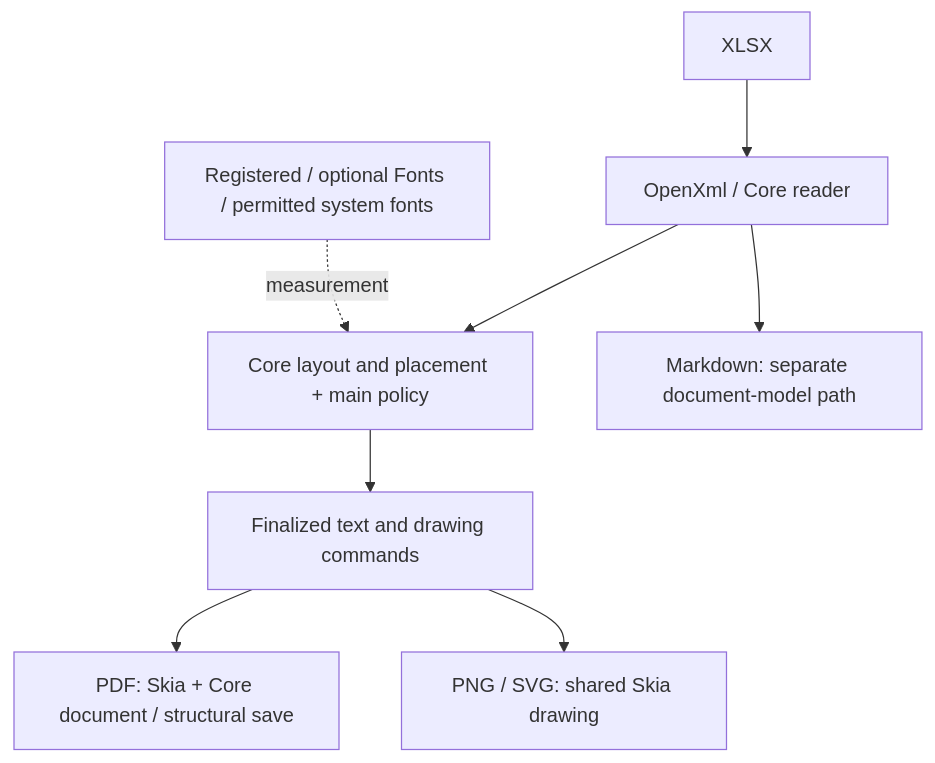
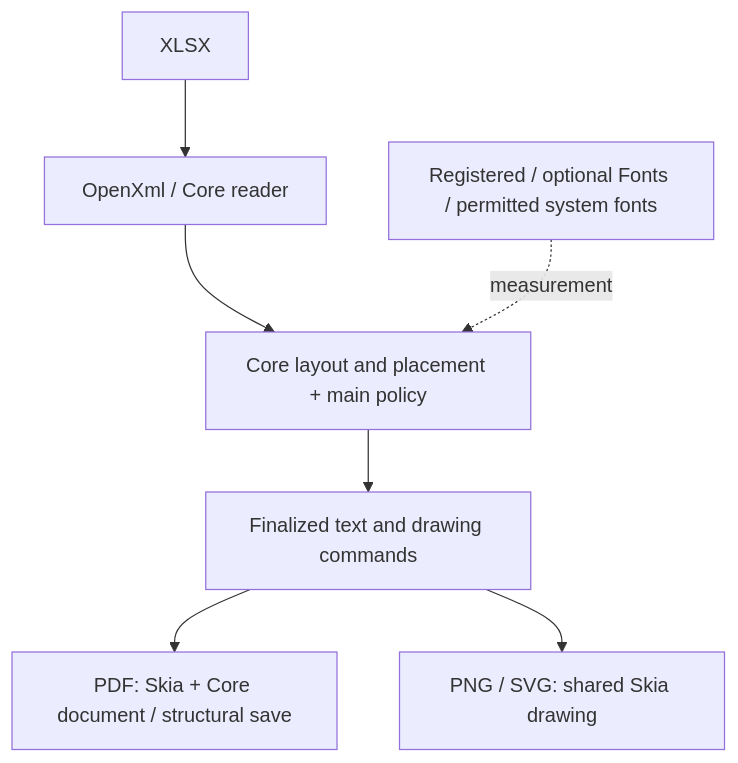
Before and after one commit to akrym1582/ExcelRenderer: the diagram in docs/skia-rendering.md, drawn with Mermaid. The commit also changed 90 other files, not shown here.

````diff
--- a/docs/skia-rendering.md
+++ b/docs/skia-rendering.md
@@ -18,10 +18,9 @@
 ```mermaid
 flowchart TD
     X["XLSX"] --> R["OpenXml / Core reader"]
     R --> L["Core layout and placement + main policy"]
     F["Registered / optional Fonts / permitted system fonts"] -. "measurement" .-> L
     L --> C["Finalized text and drawing commands"]
     C --> P["PDF: Skia + Core document / structural save"]
     C --> I["PNG / SVG: shared Skia drawing"]
-    R --> M["Markdown: separate document-model path"]
 ```
````
